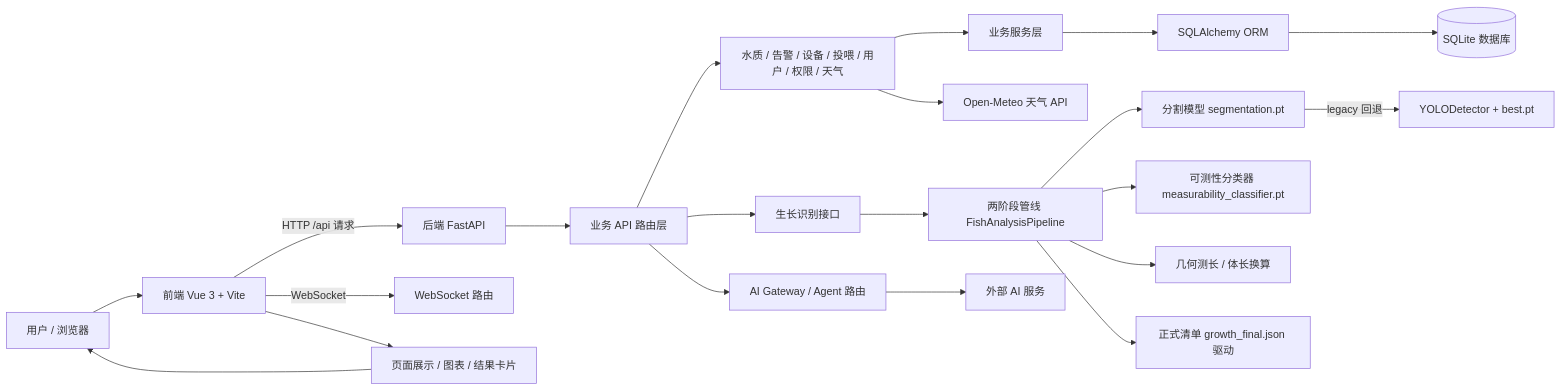
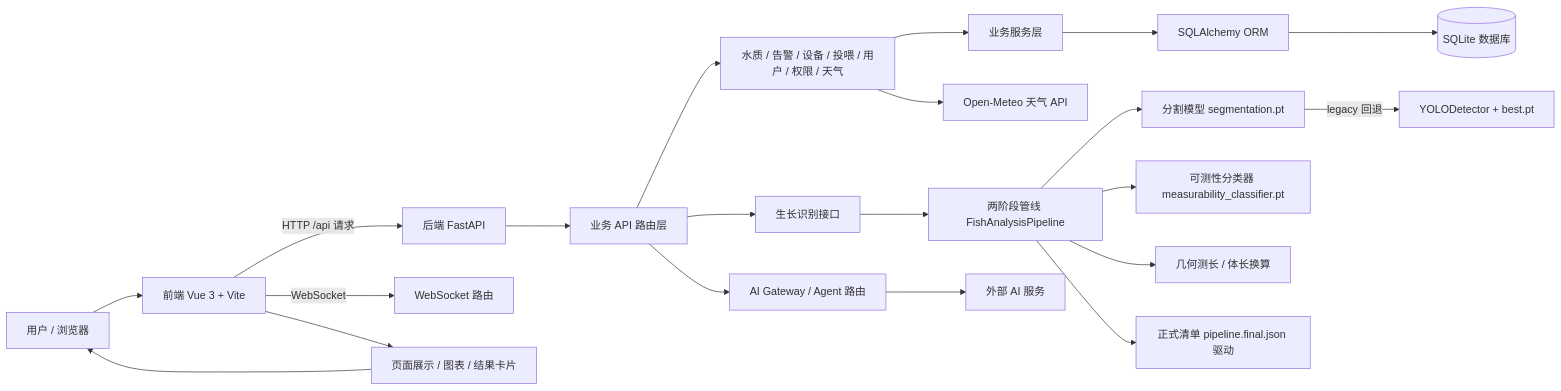
The first of 2 diagrams in README.md (Yihe-ng/smart-fishery), drawn with Mermaid before and after one commit. The commit also changed other lines of this file and 11 other files, not shown here.

````diff
--- a/README.md
+++ b/README.md
@@ -38,28 +38,28 @@
 ```mermaid
 flowchart LR
     U[用户 / 浏览器] --> F[前端 Vue 3 + Vite]
     F -->|HTTP /api 请求| B[后端 FastAPI]
     F -->|WebSocket| W[WebSocket 路由]
 
     B --> A[业务 API 路由层]
     A --> WQ[水质 / 告警 / 设备 / 投喂 / 用户 / 权限 / 天气]
     A --> G[生长识别接口]
     A --> AG[AI Gateway / Agent 路由]
 
     G --> P2[两阶段管线 FishAnalysisPipeline]
     P2 --> SEG[分割模型 segmentation.pt]
     P2 --> CLS[可测性分类器 measurability_classifier.pt]
     P2 --> LEN[几何测长 / 体长换算]
-    P2 --> MF[正式清单 growth_final.json 驱动]
+    P2 --> MF[正式清单 pipeline.final.json 驱动]
     SEG -->|legacy 回退| YD[YOLODetector + best.pt]
 
     WQ --> SV[业务服务层]
     SV --> D[SQLAlchemy ORM]
     D --> DB[(SQLite 数据库)]
 
     AG --> EXT[外部 AI 服务]
     WQ --> EXTW[Open-Meteo 天气 API]
 
     F --> UI[页面展示 / 图表 / 结果卡片]
     UI --> U
 ```
````
